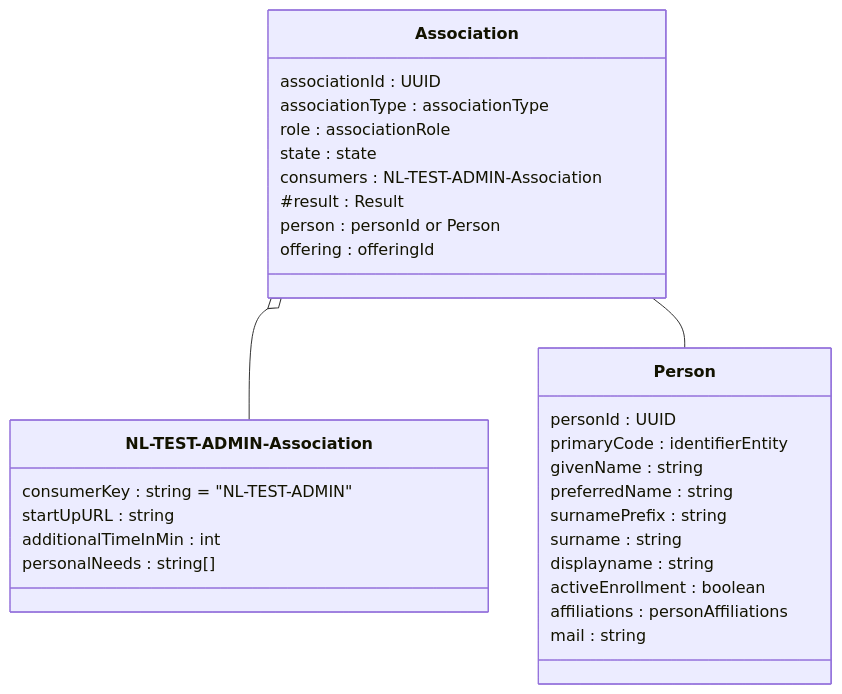
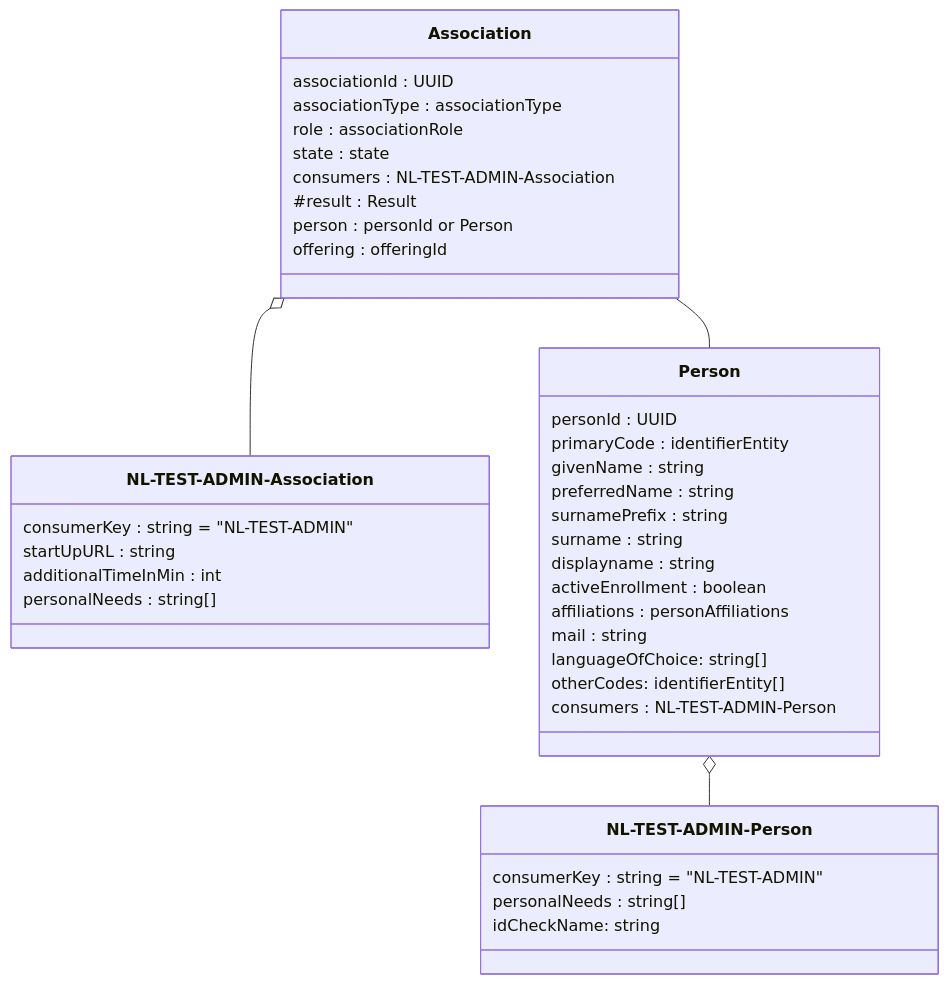
The fourth of 10 diagrams in doc/flow2.md (NetwerkExamineringDigitalisering/NED-OOAPI), drawn with Mermaid before and after one commit. The commit also changed other lines of this file and 2 other files, not shown here.

Commit message:
fix person object to include extra attr. and cons

````diff
--- a/doc/flow2.md
+++ b/doc/flow2.md
@@ -165,33 +165,42 @@
 ```mermaid
 classDiagram
     class Association {
     	associationId : UUID
 		associationType : associationType
 		role : associationRole
 		state : state
 		consumers : NL-TEST-ADMIN-Association
 	#	result : Result
 		person : personId or Person
 		offering : offeringId
     }
     class `NL-TEST-ADMIN-Association` {
     	consumerKey : string = "NL-TEST-ADMIN"
 		startUpURL : string
 		additionalTimeInMin : int
 		personalNeeds : string[]
     }
     class Person {
 		personId : UUID
 		primaryCode : identifierEntity
 		givenName : string
 		preferredName : string
 		surnamePrefix : string 
 		surname : string
 		displayname : string
 		activeEnrollment : boolean 
 		affiliations : personAffiliations
 		mail : string
+		languageOfChoice: string[]
+		otherCodes: identifierEntity[]
+		consumers : NL-TEST-ADMIN-Person
+    }
+	class `NL-TEST-ADMIN-Person` {
+    	consumerKey : string = "NL-TEST-ADMIN"
+	    personalNeeds : string[]
+        idCheckName: string
     }
     Association o-- `NL-TEST-ADMIN-Association`
     Association -- Person
+	Person o-- `NL-TEST-ADMIN-Person`
 ```
````
